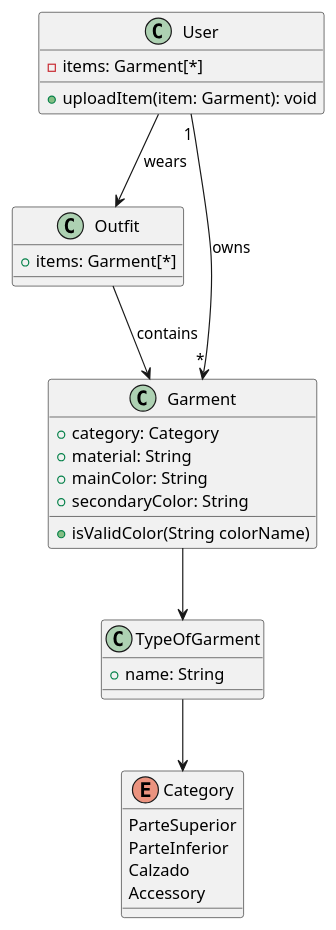
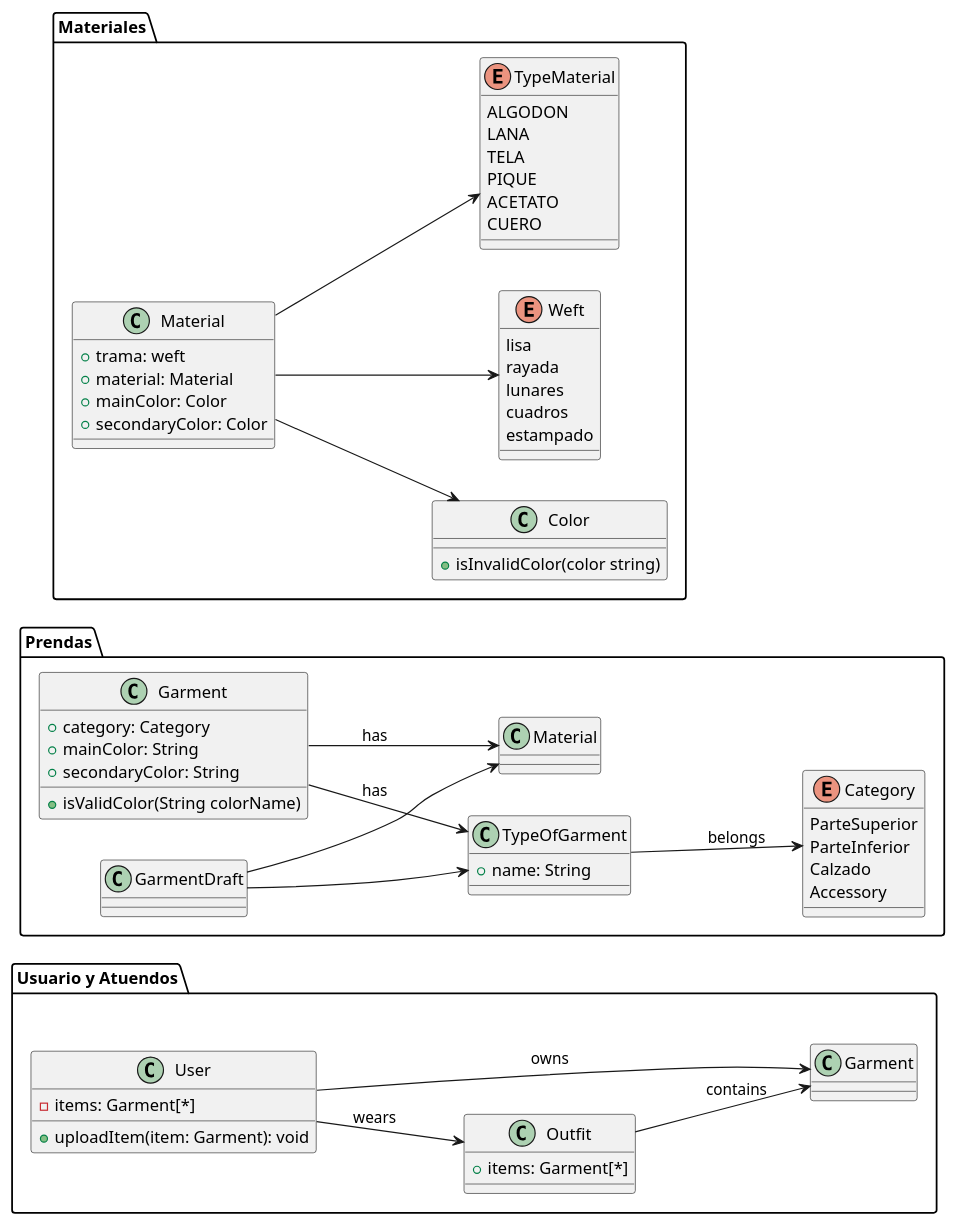
Before and after one commit to GonGarciaFontenla/QMP-Project: the diagram in diagrama.puml, drawn with PlantUML. The commit also changed other lines of this file and 14 other files, not shown here.

```diff
--- a/diagrama.puml
+++ b/diagrama.puml
@@ -1,37 +1,82 @@
 @startuml
+left to right direction
 
-class Outfit {
-    +items: Garment[*]
+package "Usuario y Atuendos" {
+    class User {
+        -items: Garment[*]
+        +uploadItem(item: Garment): void
+    }
+
+    class Outfit {
+        +items: Garment[*]
+    }
+
+    User --> Garment : owns
+    User --> Outfit : wears
+    Outfit --> Garment : contains
 }
 
-class Garment {
-    +category: Category
-    +material: String
-    +mainColor: String
-    +secondaryColor: String
-    +isValidColor(String colorName)
+package "Prendas" {
+    class Garment {
+        +category: Category
+        +mainColor: String
+        +secondaryColor: String
+        +isValidColor(String colorName)
+    }
+
+    class GarmentDraft {
+    }
+
+    class TypeOfGarment {
+        +name: String
+    }
+
+    enum Category {
+        ParteSuperior
+        ParteInferior
+        Calzado
+        Accessory
+    }
+
+    Garment --> TypeOfGarment : has
+    Garment --> Material : has
+    GarmentDraft --> Material
+    GarmentDraft --> TypeOfGarment
+    TypeOfGarment --> Category : belongs
 }
 
-class User {
-    -items: Garment[*]
-    +uploadItem(item: Garment): void
+package "Materiales" {
+    class Material {
+        +trama: weft
+        +material: Material
+        +mainColor: Color
+        +secondaryColor: Color
+    }
+
+    class Color {
+        +isInvalidColor(color string)
+    }
+
+    enum Weft {
+        lisa
+        rayada
+        lunares
+        cuadros
+        estampado
+    }
+
+    enum TypeMaterial {
+        ALGODON
+        LANA
+        TELA
+        PIQUE
+        ACETATO
+        CUERO
+    }
+
+    Material --> TypeMaterial
+    Material --> Weft
+    Material --> Color
 }
 
-class TypeOfGarment {
-    +name: String
-}
-
-enum Category {
-    ParteSuperior
-    ParteInferior
-    Calzado
-    Accessory
-}
-
-Outfit --> Garment : contains
-User "1" --> "*" Garment : owns
-User --> Outfit : wears
-Garment --> TypeOfGarment
-TypeOfGarment --> Category
-
 @enduml
```
